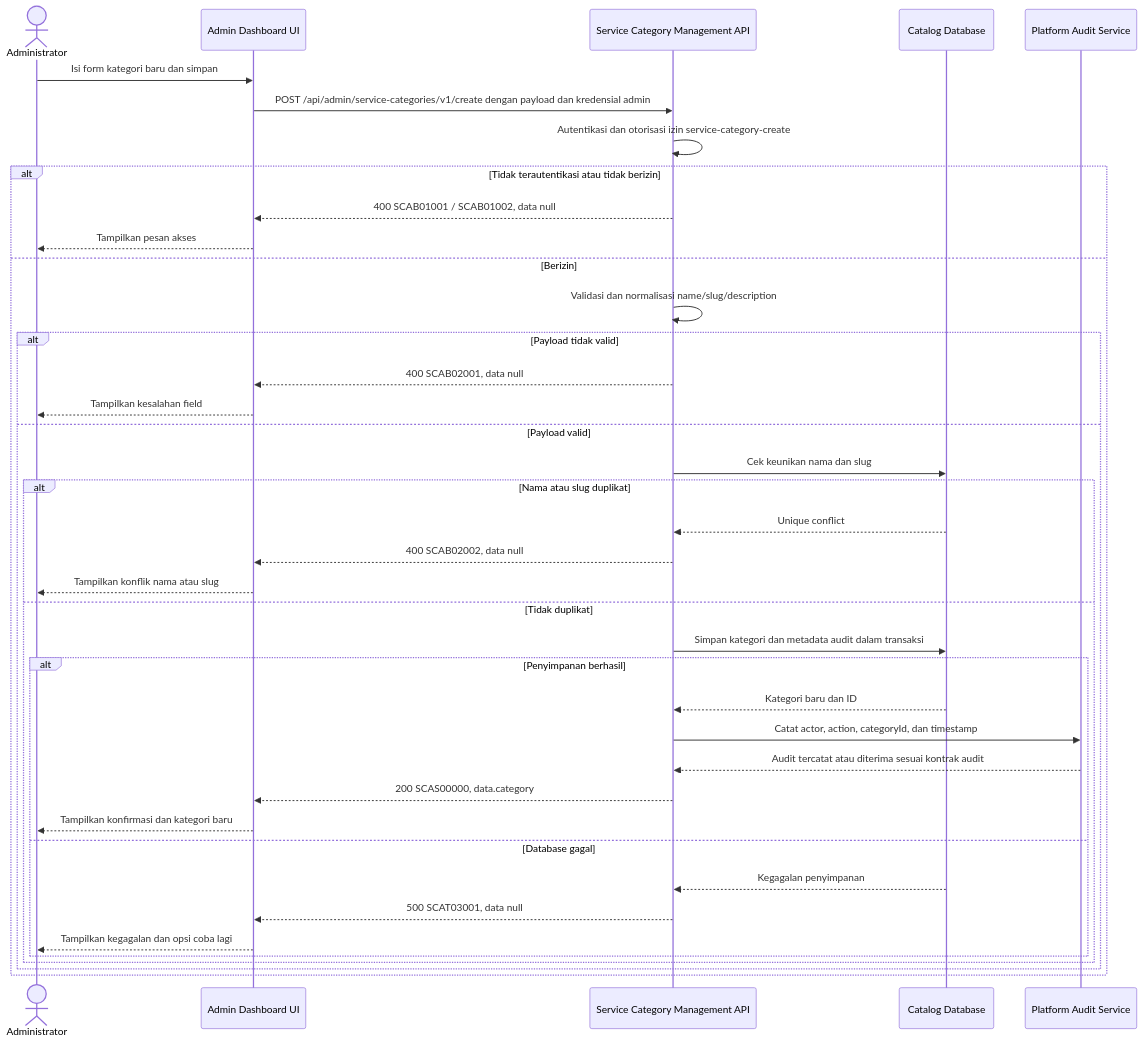
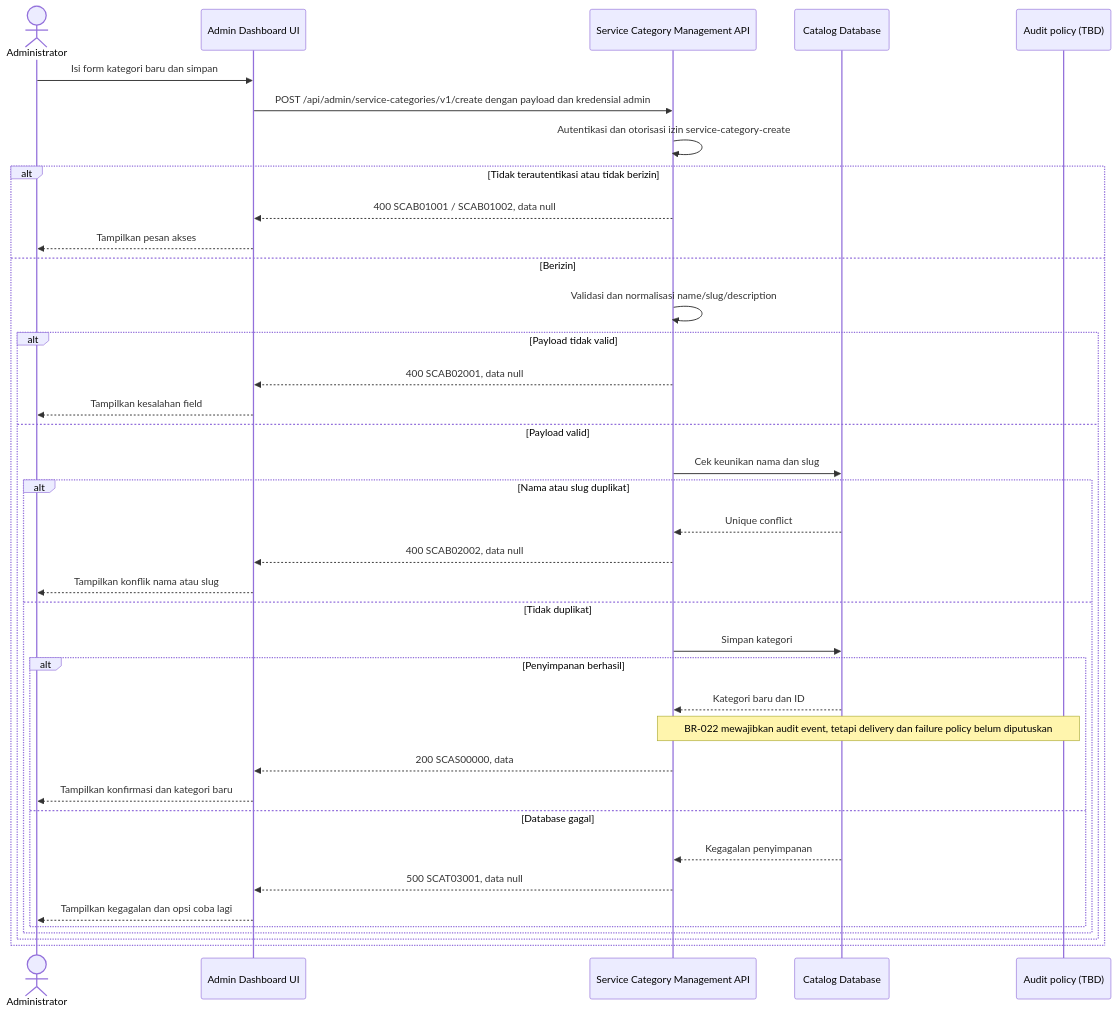
The diagram in sprint-2/solutioning/dashboard/service-categories/create-service-category.md (fatihmuhamadridho/docs-game-service-platform), drawn with Mermaid before and after one commit. The commit also changed other lines of this file and 65 other files, not shown here.

````diff
--- a/sprint-2/solutioning/dashboard/service-categories/create-service-category.md
+++ b/sprint-2/solutioning/dashboard/service-categories/create-service-category.md
@@ -14,41 +16,40 @@
 ```mermaid
 sequenceDiagram
     actor Admin as Administrator
     participant UI as Admin Dashboard UI
     participant API as Service Category Management API
     participant DB as Catalog Database
-    participant Audit as Platform Audit Service
+    participant Audit as Audit policy (TBD)
     Admin->>UI: Isi form kategori baru dan simpan
     UI->>API: POST /api/admin/service-categories/v1/create dengan payload dan kredensial admin
     API->>API: Autentikasi dan otorisasi izin service-category-create
     alt Tidak terautentikasi atau tidak berizin
         API-->>UI: 400 SCAB01001 / SCAB01002, data null
         UI-->>Admin: Tampilkan pesan akses
     else Berizin
         API->>API: Validasi dan normalisasi name/slug/description
         alt Payload tidak valid
             API-->>UI: 400 SCAB02001, data null
             UI-->>Admin: Tampilkan kesalahan field
         else Payload valid
             API->>DB: Cek keunikan nama dan slug
             alt Nama atau slug duplikat
                 DB-->>API: Unique conflict
                 API-->>UI: 400 SCAB02002, data null
                 UI-->>Admin: Tampilkan konflik nama atau slug
             else Tidak duplikat
-                API->>DB: Simpan kategori dan metadata audit dalam transaksi
+                API->>DB: Simpan kategori
                 alt Penyimpanan berhasil
                     DB-->>API: Kategori baru dan ID
-                    API->>Audit: Catat actor, action, categoryId, dan timestamp
-                    Audit-->>API: Audit tercatat atau diterima sesuai kontrak audit
-                    API-->>UI: 200 SCAS00000, data.category
+                    Note over API,Audit: BR-022 mewajibkan audit event, tetapi delivery dan failure policy belum diputuskan
+                    API-->>UI: 200 SCAS00000, data
                     UI-->>Admin: Tampilkan konfirmasi dan kategori baru
                 else Database gagal
                     DB-->>API: Kegagalan penyimpanan
                     API-->>UI: 500 SCAT03001, data null
                     UI-->>Admin: Tampilkan kegagalan dan opsi coba lagi
                 end
             end
         end
     end
 ```
````
